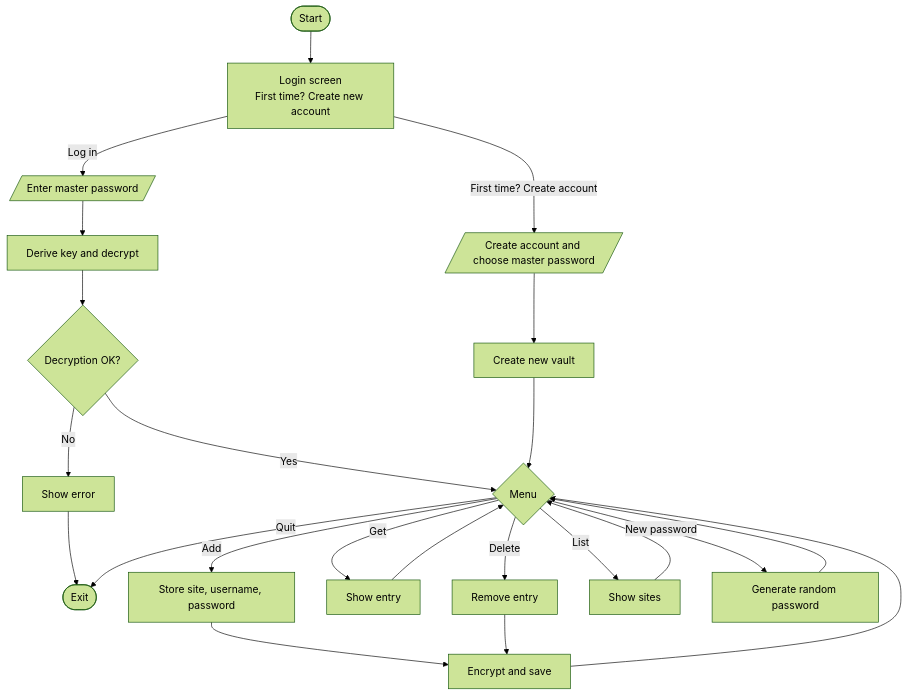
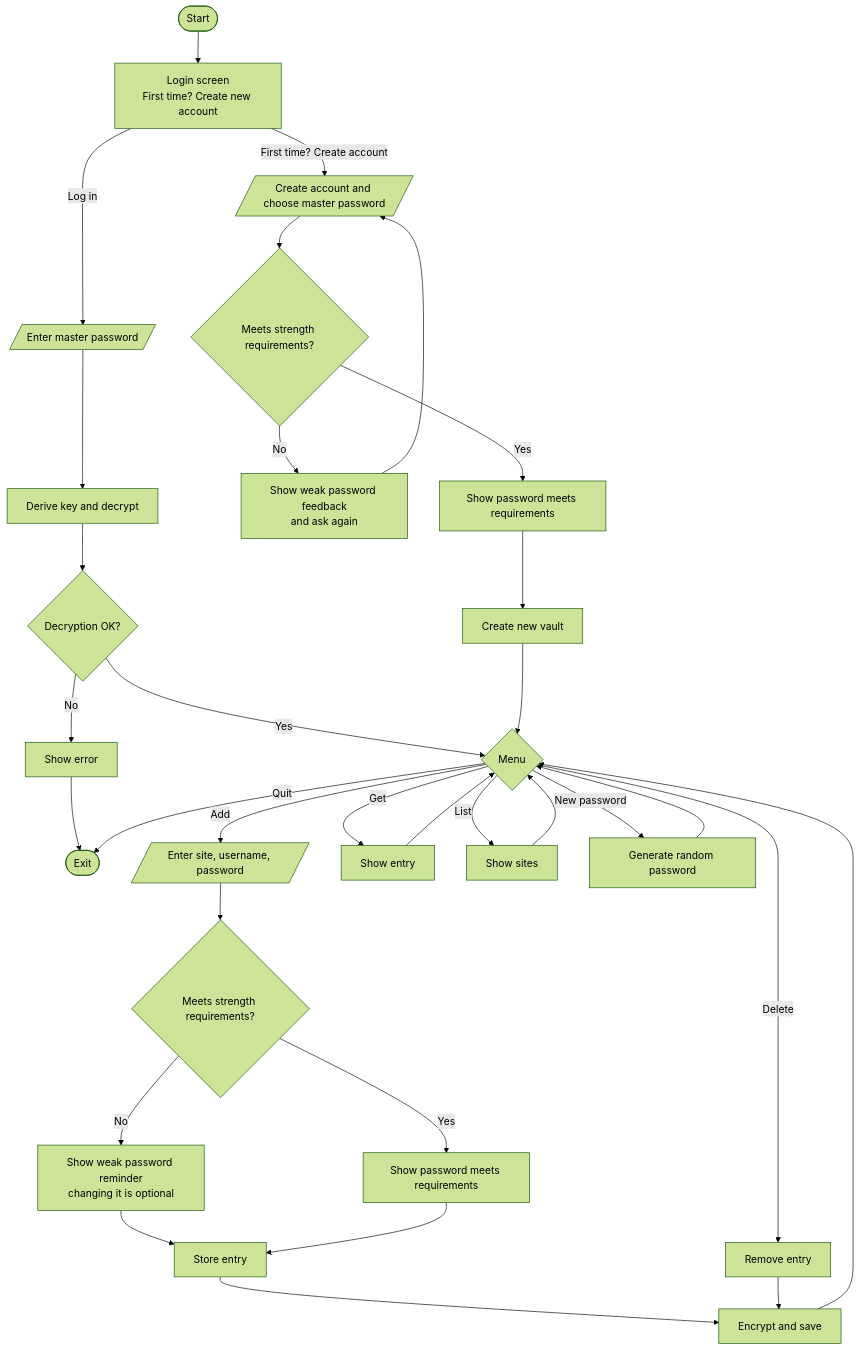
The diagram in docs/flowchart.md (PolaricksX/McSecurity), drawn with Mermaid (forest theme) before and after one commit. The commit also changed 5 other files, not shown here.

````diff
--- a/docs/flowchart.md
+++ b/docs/flowchart.md
@@ -3,17 +3,25 @@
 ```mermaid
 flowchart TD
     A([Start]) --> B[Login screen<br/>First time? Create new account]
     B -- Log in --> C[/Enter master password/] --> D[Derive key and decrypt]
-    B -- First time? Create account --> E[/Create account and choose master password/] --> F[Create new vault]
+    B -- First time? Create account --> E[/Create account and choose master password/]
+    E --> P{Meets strength requirements?}
+    P -- No --> Q[Show weak password feedback<br/>and ask again] --> E
+    P -- Yes --> R[Show password meets requirements] --> F[Create new vault]
     D --> G{Decryption OK?}
     G -- No --> I[Show error] --> Z([Exit])
     G -- Yes --> H{Menu}
     F --> H
-    H -- Add --> J[Store site, username, password] --> K[Encrypt and save]
+    H -- Add --> J[/Enter site, username, password/]
+    J --> S{Meets strength requirements?}
+    S -- No --> T[Show weak password reminder<br/>changing it is optional]
+    S -- Yes --> U[Show password meets requirements]
+    T --> V[Store entry] --> K[Encrypt and save]
+    U --> V
     H -- Get --> L[Show entry] --> H
     H -- Delete --> M[Remove entry] --> K
     H -- List --> N[Show sites] --> H
     H -- New password --> O[Generate random password] --> H
     K --> H
     H -- Quit --> Z
 ```
````
